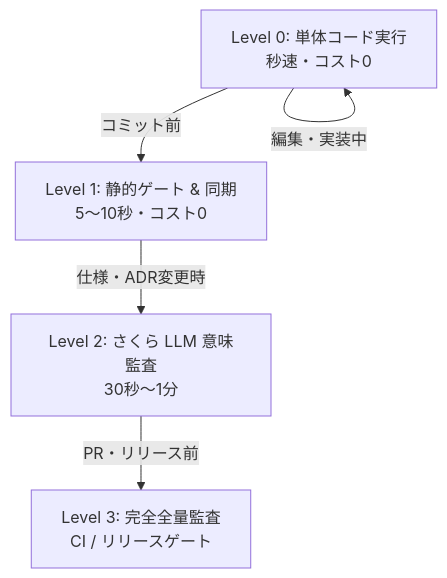
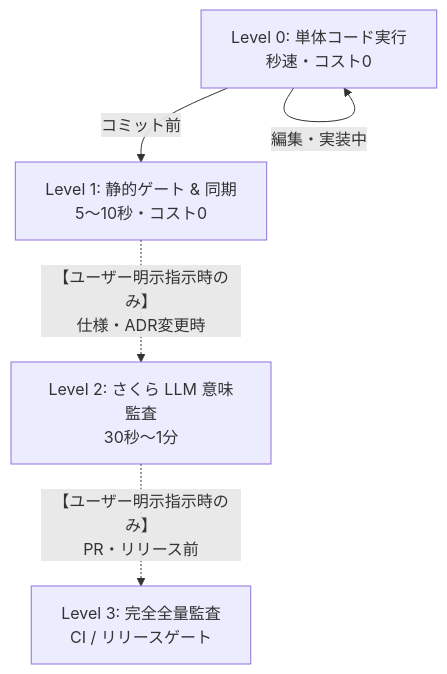
Before and after one commit to kmt-t/fireball: the diagram in .agents/skills/document-validation/SKILL.md, drawn with Mermaid. The commit also changed other lines of this file and 1 other file, not shown here.

Commit message:
docs: clarify validation skill and agent rule to default to lightweight tests without cloud LLM

````diff
--- a/.agents/skills/document-validation/SKILL.md
+++ b/.agents/skills/document-validation/SKILL.md
@@ -14,7 +19,7 @@
 ```mermaid
 graph TD
     L0[Level 0: 単体コード実行<br/>秒速・コスト0] -->|編集・実装中| L0
     L0 -->|コミット前| L1[Level 1: 静的ゲート & 同期<br/>5〜10秒・コスト0]
-    L1 -->|仕様・ADR変更時| L2[Level 2: さくら LLM 意味監査<br/>30秒〜1分]
-    L2 -->|PR・リリース前| L3[Level 3: 完全全量監査<br/>CI / リリースゲート]
+    L1 -.->|【ユーザー明示指示時のみ】<br/>仕様・ADR変更時| L2[Level 2: さくら LLM 意味監査<br/>30秒〜1分]
+    L2 -.->|【ユーザー明示指示時のみ】<br/>PR・リリース前| L3[Level 3: 完全全量監査<br/>CI / リリースゲート]
 ```
````
